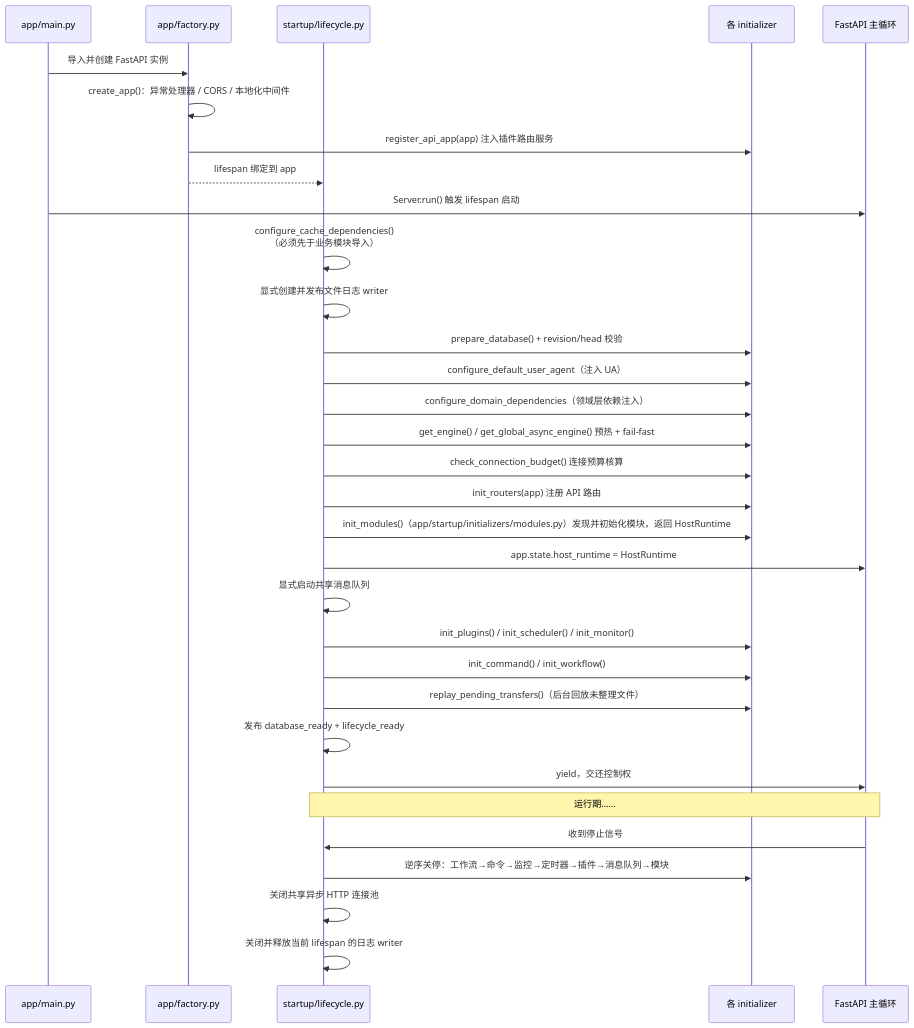
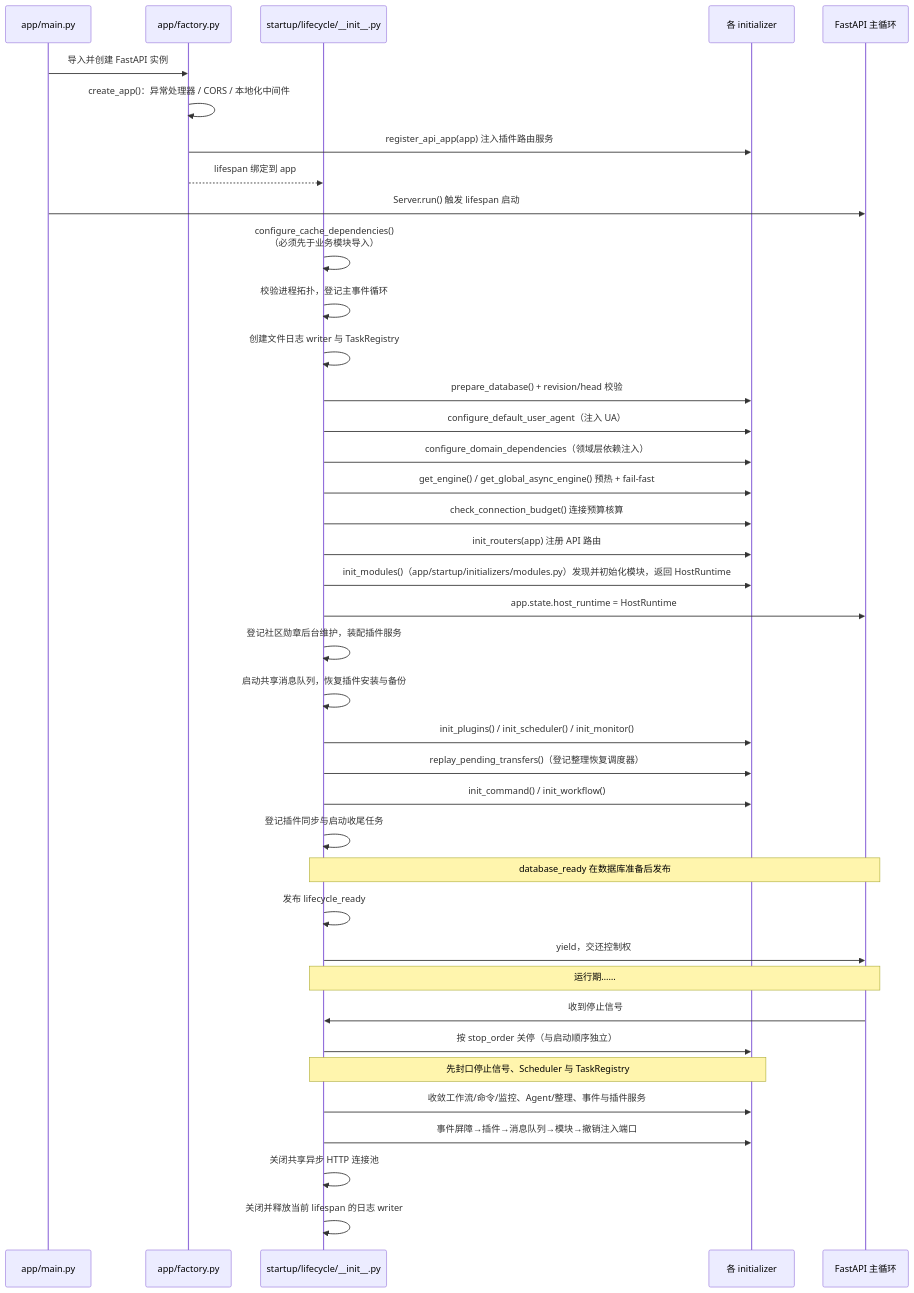
One commit to jxxghp/MoviePilot changed the third of 14 diagrams in docs/architecture-overview.md. Above: the diagram before and after it, drawn with Mermaid. The commit also changed other lines of this file, not shown here.

Commit message:
docs: refresh backend architecture overview

````diff
--- a/docs/architecture-overview.md
+++ b/docs/architecture-overview.md
@@ -232,36 +235,43 @@
 ```mermaid
 sequenceDiagram
     participant Main as app/main.py
     participant Factory as app/factory.py
-    participant Life as startup/lifecycle.py
+    participant Life as startup/lifecycle/__init__.py
     participant Init as 各 initializer
     participant FastAPI as FastAPI 主循环
 
     Main->>Factory: 导入并创建 FastAPI 实例
     Factory->>Factory: create_app()：异常处理器 / CORS / 本地化中间件
     Factory->>Init: register_api_app(app) 注入插件路由服务
     Factory-->>Life: lifespan 绑定到 app
     Main->>FastAPI: Server.run() 触发 lifespan 启动
 
     Life->>Life: configure_cache_dependencies()<br/>（必须先于业务模块导入）
-    Life->>Life: 显式创建并发布文件日志 writer
+    Life->>Life: 校验进程拓扑，登记主事件循环
+    Life->>Life: 创建文件日志 writer 与 TaskRegistry
     Life->>Init: prepare_database() + revision/head 校验
     Life->>Init: configure_default_user_agent（注入 UA）
     Life->>Init: configure_domain_dependencies（领域层依赖注入）
     Life->>Init: get_engine() / get_global_async_engine() 预热 + fail-fast
     Life->>Init: check_connection_budget() 连接预算核算
     Life->>Init: init_routers(app) 注册 API 路由
     Life->>Init: init_modules()（app/startup/initializers/modules.py）发现并初始化模块，返回 HostRuntime
     Life->>FastAPI: app.state.host_runtime = HostRuntime
-    Life->>Life: 显式启动共享消息队列
+    Life->>Life: 登记社区勋章后台维护，装配插件服务
+    Life->>Life: 启动共享消息队列，恢复插件安装与备份
     Life->>Init: init_plugins() / init_scheduler() / init_monitor()
+    Life->>Init: replay_pending_transfers()（登记整理恢复调度器）
     Life->>Init: init_command() / init_workflow()
-    Life->>Init: replay_pending_transfers()（后台回放未整理文件）
-    Life->>Life: 发布 database_ready + lifecycle_ready
+    Life->>Life: 登记插件同步与启动收尾任务
+    Note over Life,FastAPI: database_ready 在数据库准备后发布
+    Life->>Life: 发布 lifecycle_ready
     Life->>FastAPI: yield，交还控制权
     Note over Life,FastAPI: 运行期……
     FastAPI->>Life: 收到停止信号
-    Life->>Init: 逆序关停：工作流→命令→监控→定时器→插件→消息队列→模块
+    Life->>Init: 按 stop_order 关停（与启动顺序独立）
+    Note over Life,Init: 先封口停止信号、Scheduler 与 TaskRegistry
+    Life->>Init: 收敛工作流/命令/监控、Agent/整理、事件与插件服务
+    Life->>Init: 事件屏障→插件→消息队列→模块→撤销注入端口
     Life->>Life: 关闭共享异步 HTTP 连接池
     Life->>Life: 关闭并释放当前 lifespan 的日志 writer
 ```
````
